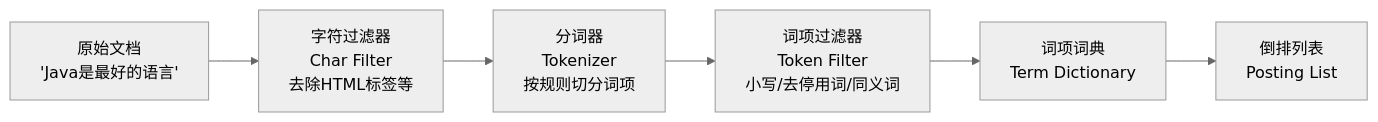
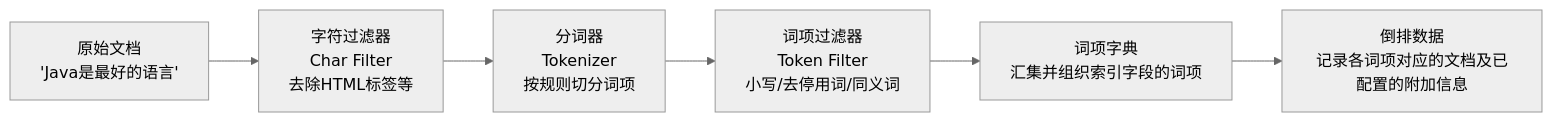
The fourth of 5 diagrams in docs/elasticsearch/02-indexing/chapter-06-inverted-index.md (b1tzer/the-stack), drawn with Mermaid (neutral theme) before and after one commit. The commit also changed other lines of this file and 5 other files, not shown here.

````diff
--- a/docs/elasticsearch/02-indexing/chapter-06-inverted-index.md
+++ b/docs/elasticsearch/02-indexing/chapter-06-inverted-index.md
@@ -141,8 +128,8 @@
 ```mermaid
 flowchart LR
     A["原始文档<br>'Java是最好的语言'"] --> B["字符过滤器<br>Char Filter<br>去除HTML标签等"]
     B --> C["分词器<br>Tokenizer<br>按规则切分词项"]
     C --> D["词项过滤器<br>Token Filter<br>小写/去停用词/同义词"]
-    D --> E["词项词典<br>Term Dictionary"]
-    E --> F["倒排列表<br>Posting List"]
+    D --> E["词项字典<br>汇集并组织索引字段的词项"]
+    E --> F["倒排数据<br>记录各词项对应的文档及已配置的附加信息"]
 ```
````
